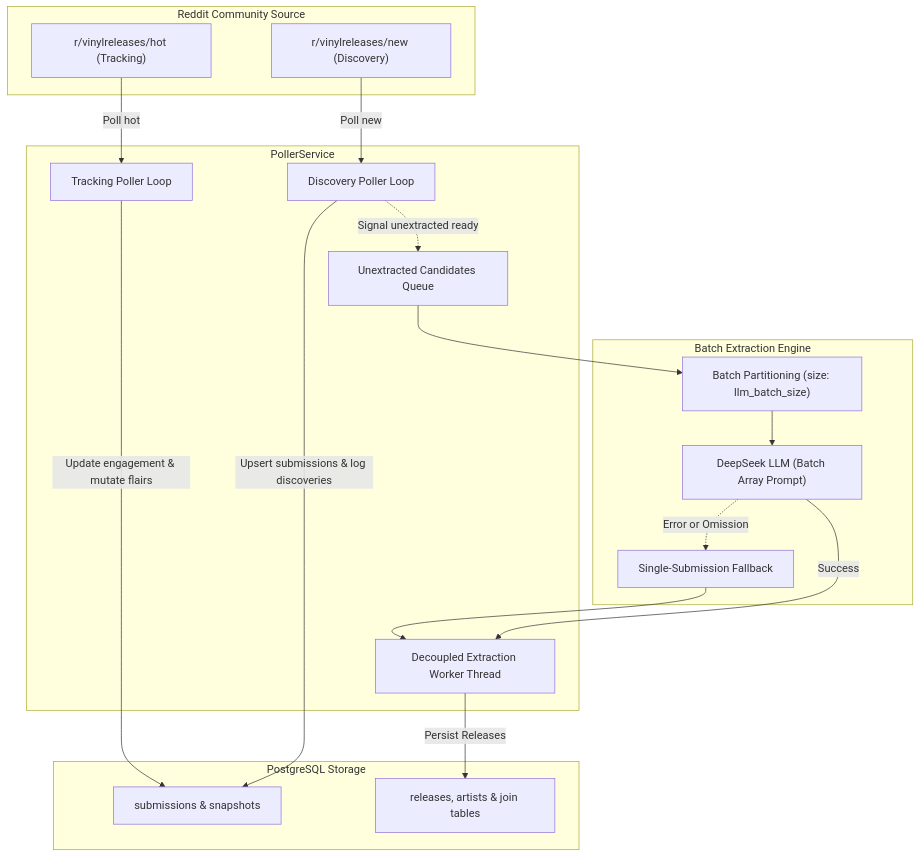
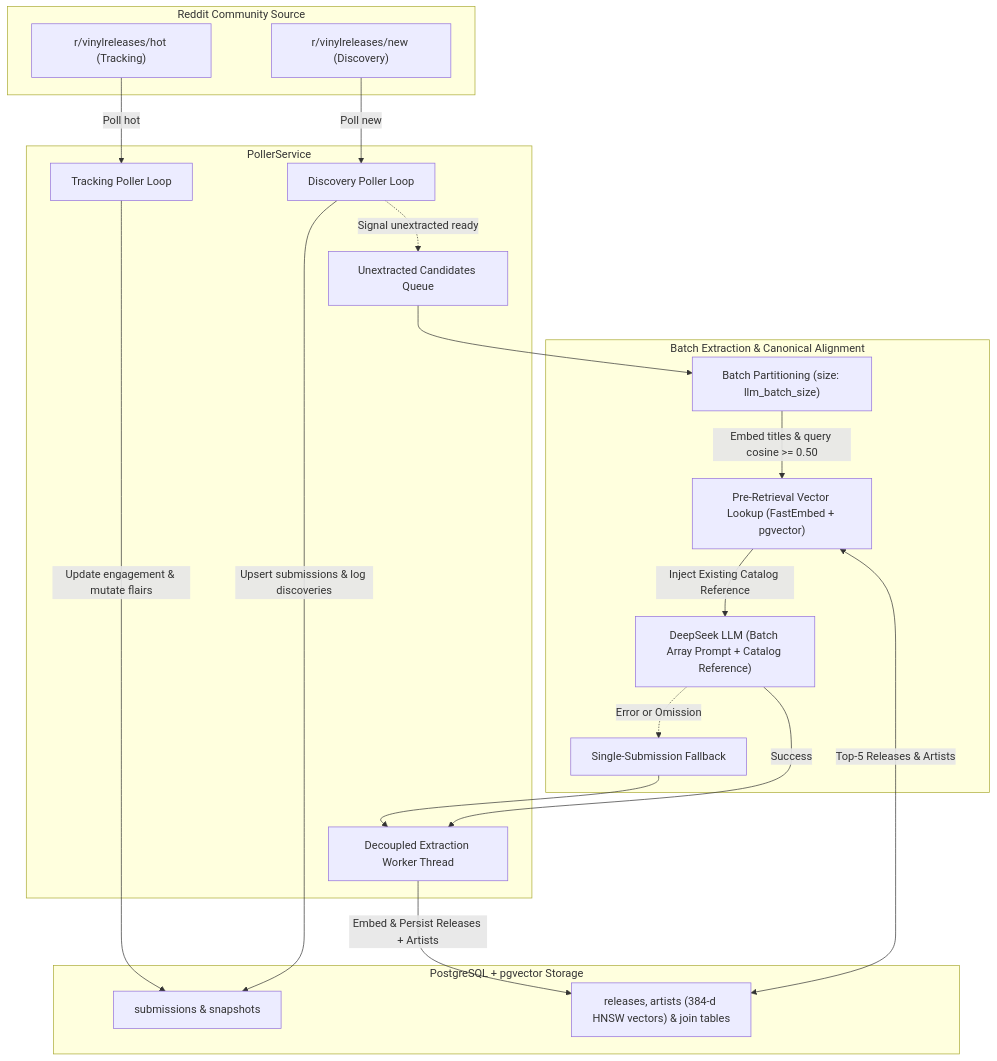
Before and after one commit to Lolgend/vinyl-reddit-scrape: the diagram in README.md, drawn with Mermaid. The commit also changed other lines of this file and 6 other files, not shown here.

````diff
--- a/README.md
+++ b/README.md
@@ -9,37 +9,40 @@
 ```mermaid
 flowchart TD
     subgraph Reddit["Reddit Community Source"]
         RN["r/vinylreleases/new (Discovery)"]
         RH["r/vinylreleases/hot (Tracking)"]
     end
 
     subgraph Service["PollerService"]
         PNew["Discovery Poller Loop"]
         PHot["Tracking Poller Loop"]
         BQueue["Unextracted Candidates Queue"]
         Worker["Decoupled Extraction Worker Thread"]
     end
 
-    subgraph ExtractionEngine["Batch Extraction Engine"]
+    subgraph ExtractionEngine["Batch Extraction & Canonical Alignment"]
         Batcher["Batch Partitioning (size: llm_batch_size)"]
-        LLMBatch["DeepSeek LLM (Batch Array Prompt)"]
+        RAG["Pre-Retrieval Vector Lookup (FastEmbed + pgvector)"]
+        LLMBatch["DeepSeek LLM (Batch Array Prompt + Catalog Reference)"]
         Fallback["Single-Submission Fallback"]
     end
 
-    subgraph Database["PostgreSQL Storage"]
+    subgraph Database["PostgreSQL + pgvector Storage"]
         SubTable["submissions & snapshots"]
-        RelTable["releases, artists & join tables"]
+        RelTable["releases, artists (384-d HNSW vectors) & join tables"]
     end
 
     RN -->|Poll new| PNew
     RH -->|Poll hot| PHot
     PNew -->|Upsert submissions & log discoveries| SubTable
     PHot -->|Update engagement & mutate flairs| SubTable
     PNew -.->|Signal unextracted ready| BQueue
     BQueue --> Batcher
-    Batcher --> LLMBatch
+    Batcher -->|Embed titles & query cosine >= 0.50| RAG
+    RAG <-->|Top-5 Releases & Artists| RelTable
+    RAG -->|Inject Existing Catalog Reference| LLMBatch
     LLMBatch -->|Success| Worker
     LLMBatch -.->|Error or Omission| Fallback
     Fallback --> Worker
-    Worker -->|Persist Releases| RelTable
+    Worker -->|Embed & Persist Releases + Artists| RelTable
 ```
````
